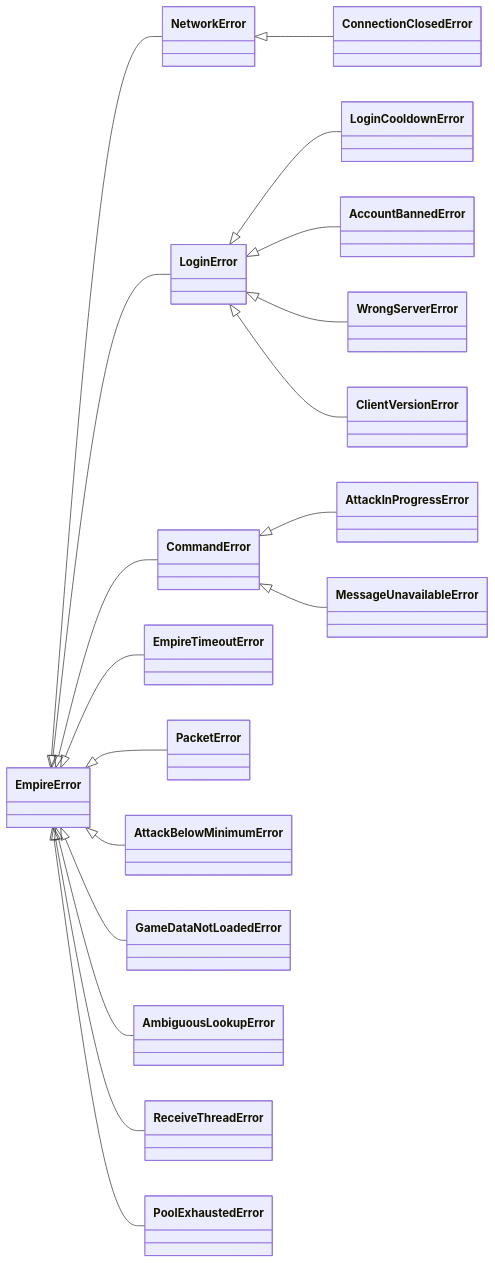
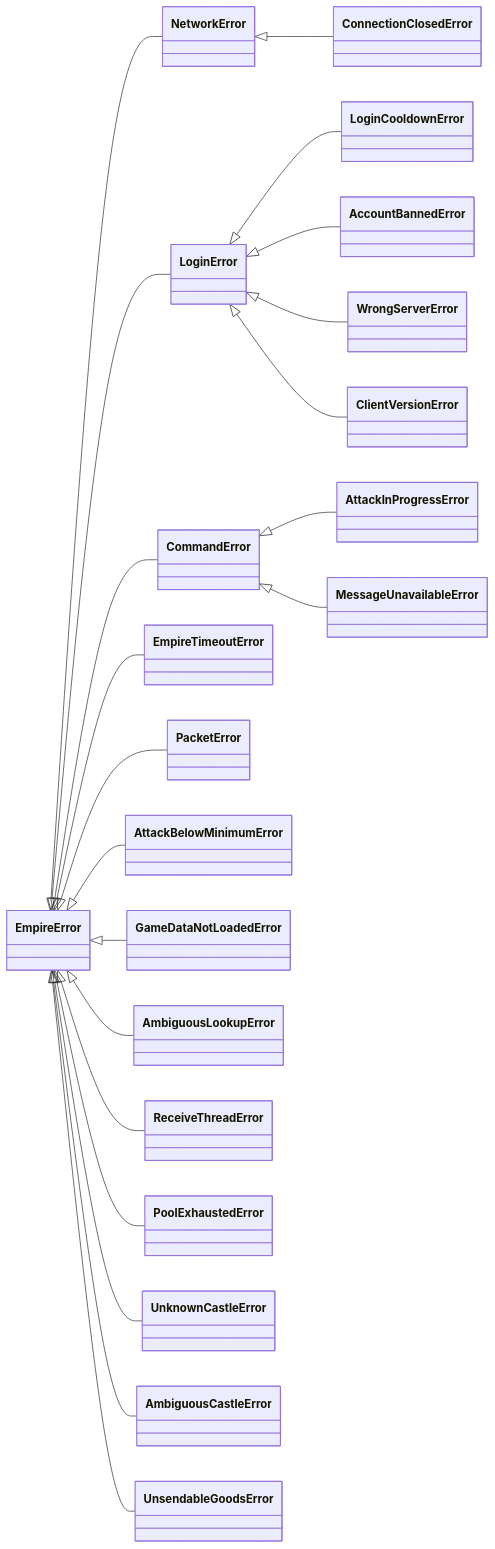
Before and after one commit to eschnitzler/EmpireCore: the diagram in docs/guides/errors.md, drawn with Mermaid. The commit also changed other lines of this file and 9 other files, not shown here.

Commit message:
docs: cover the castle-list kingdom lookup, typed market goods and castle horses

````diff
--- a/docs/guides/errors.md
+++ b/docs/guides/errors.md
@@ -32,21 +32,24 @@
 ```mermaid
 classDiagram
     direction LR
     EmpireError <|-- NetworkError
     NetworkError <|-- ConnectionClosedError
     EmpireError <|-- LoginError
     LoginError <|-- LoginCooldownError
     LoginError <|-- AccountBannedError
     LoginError <|-- WrongServerError
     LoginError <|-- ClientVersionError
     EmpireError <|-- CommandError
     CommandError <|-- AttackInProgressError
     CommandError <|-- MessageUnavailableError
     EmpireError <|-- EmpireTimeoutError
     EmpireError <|-- PacketError
     EmpireError <|-- AttackBelowMinimumError
     EmpireError <|-- GameDataNotLoadedError
     EmpireError <|-- AmbiguousLookupError
     EmpireError <|-- ReceiveThreadError
     EmpireError <|-- PoolExhaustedError
+    EmpireError <|-- UnknownCastleError
+    EmpireError <|-- AmbiguousCastleError
+    EmpireError <|-- UnsendableGoodsError
 ```
````
